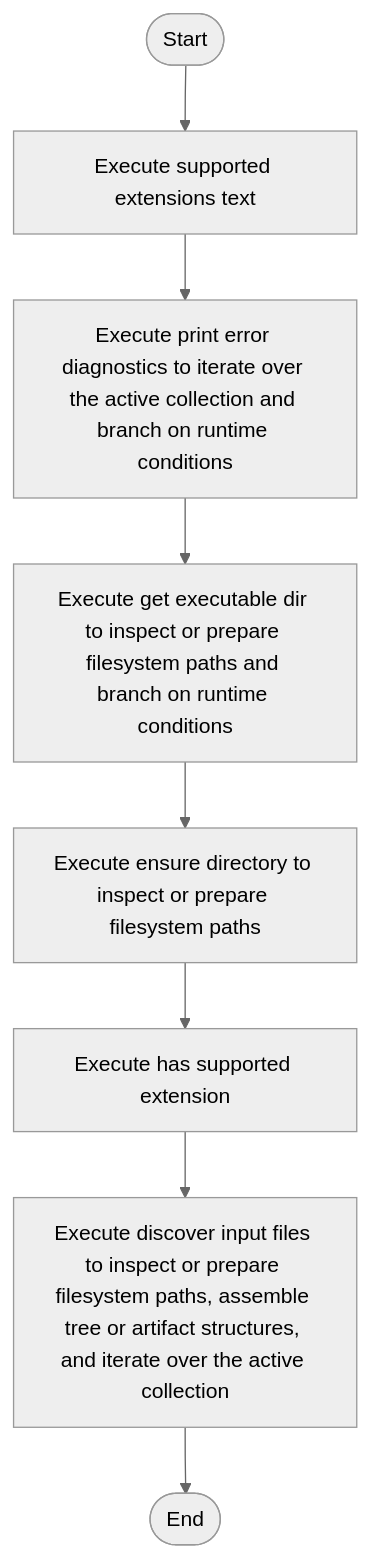
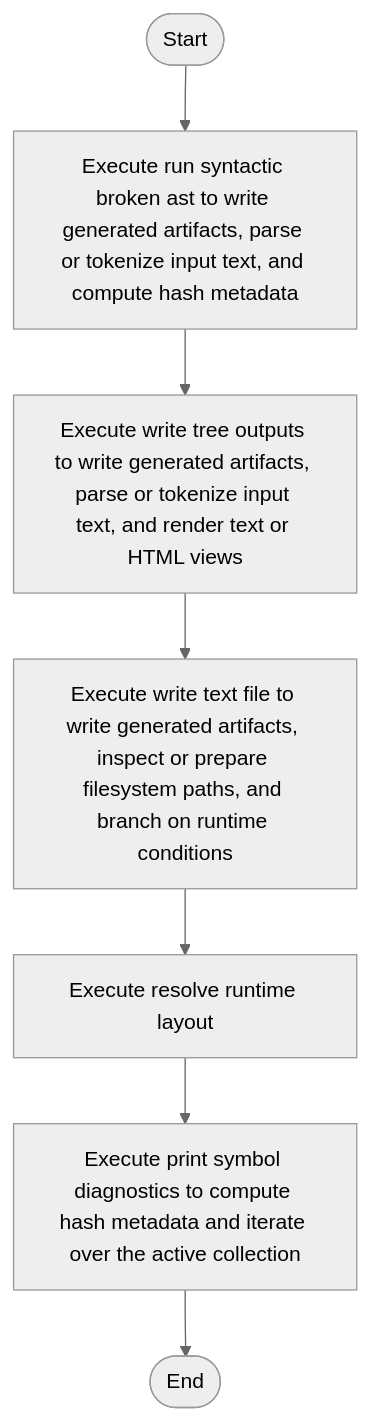
Before and after one commit to JohnAndrewBalbarosa/NeoTerritory: the diagram in docs/Codebase/Microservice/Layer/Back system/syntacticBrokenAST.cpp.md, drawn with Mermaid (neutral theme). The commit also changed 148 other files, not shown here.

````diff
--- a/docs/Codebase/Microservice/Layer/Back system/syntacticBrokenAST.cpp.md
+++ b/docs/Codebase/Microservice/Layer/Back system/syntacticBrokenAST.cpp.md
@@ -41,18 +41,16 @@
 ```mermaid
 flowchart TD
     Start([Start])
-    N0[Execute supported extensions text]
-    N1[Execute print error diagnostics to iterate over the active collection and branch on runtime conditions]
-    N2[Execute get executable dir to inspect or prepare filesystem paths and branch on runtime conditions]
-    N3[Execute ensure directory to inspect or prepare filesystem paths]
-    N4[Execute has supported extension]
-    N5[Execute discover input files to inspect or prepare filesystem paths, assemble tree or artifact structures, and iterate over the active collection]
+    N0[Execute run syntactic broken ast to write generated artifacts, parse or tokenize input text, and compute hash metadata]
+    N1[Execute write tree outputs to write generated artifacts, parse or tokenize input text, and render text or HTML views]
+    N2[Execute write text file to write generated artifacts, inspect or prepare filesystem paths, and branch on runtime conditions]
+    N3[Execute resolve runtime layout]
+    N4[Execute print symbol diagnostics to compute hash metadata and iterate over the active collection]
     End([End])
     Start --> N0
     N0 --> N1
     N1 --> N2
     N2 --> N3
     N3 --> N4
-    N4 --> N5
-    N5 --> End
+    N4 --> End
 ```
````
